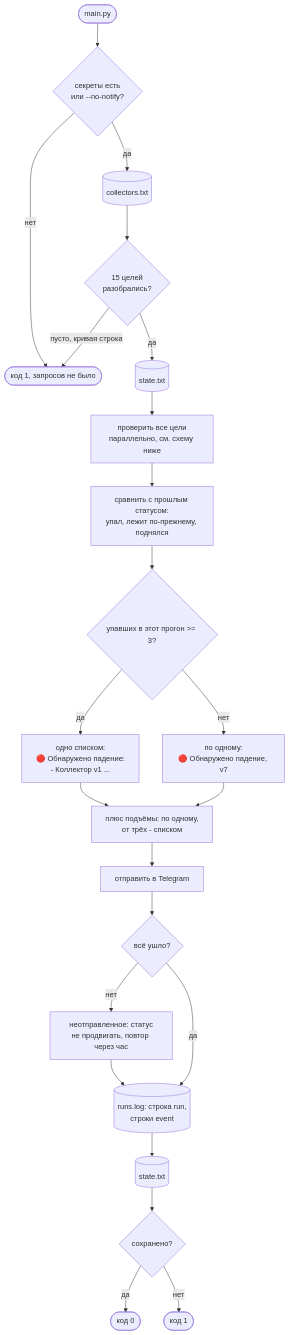
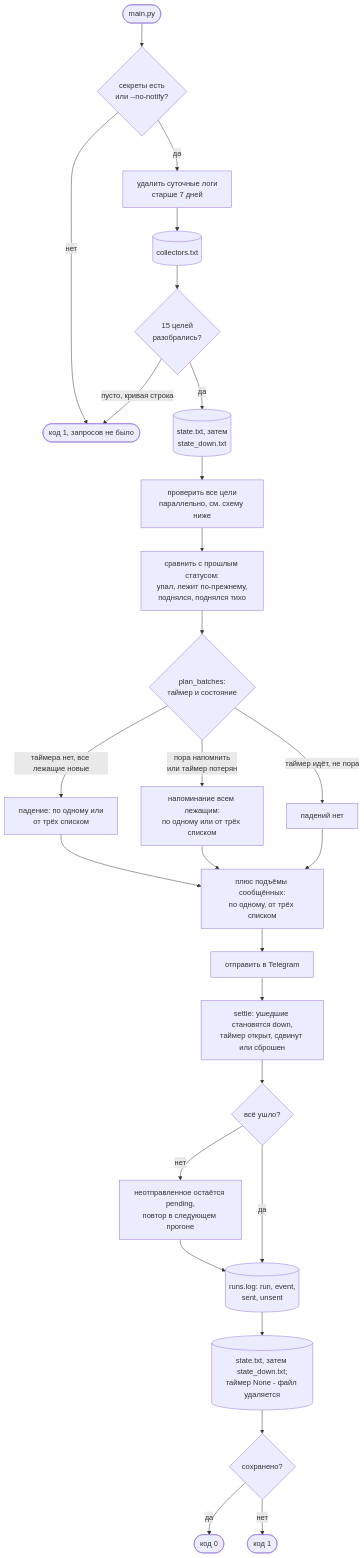
Before and after one commit to not-hehe/digital_tools: the second of 3 diagrams in automation/collector_checker/README.md, drawn with Mermaid. The commit also changed other lines of this file and 14 other files, not shown here.

````diff
--- a/automation/collector_checker/README.md
+++ b/automation/collector_checker/README.md
@@ -86,23 +112,28 @@
 ```mermaid
 flowchart TD
     START([main.py]) --> SEC{секреты есть<br/>или --no-notify?}
     SEC -->|нет| EXIT1([код 1, запросов не было])
-    SEC -->|да| LIST[(collectors.txt)] --> PARSE{15 целей<br/>разобрались?}
+    SEC -->|да| PRUNE[удалить суточные логи<br/>старше 7 дней]
+    PRUNE --> LIST[(collectors.txt)] --> PARSE{15 целей<br/>разобрались?}
     PARSE -->|пусто, кривая строка| EXIT1
-    PARSE -->|да| STATE[(state.txt)] --> PROBE[проверить все цели<br/>параллельно, см. схему ниже]
-    PROBE --> EVENTS[сравнить с прошлым статусом:<br/>упал, лежит по-прежнему, поднялся]
-    EVENTS --> MSG{упавших в этот прогон >= 3?}
-    MSG -->|да| COMB["одно списком:<br/>🔴 Обнаружено падение:<br/>- Коллектор v1 ..."]
-    MSG -->|нет| SINGLE["по одному:<br/>🔴 Обнаружено падение, v7"]
-    COMB --> UPMSG["плюс подъёмы: по одному,<br/>от трёх - списком"]
-    SINGLE --> UPMSG
+    PARSE -->|да| STATE[(state.txt, затем<br/>state_down.txt)]
+    STATE --> PROBE[проверить все цели<br/>параллельно, см. схему ниже]
+    PROBE --> EVENTS[сравнить с прошлым статусом:<br/>упал, лежит по-прежнему,<br/>поднялся, поднялся тихо]
+    EVENTS --> PLAN{plan_batches:<br/>таймер и состояние}
+    PLAN -->|таймера нет, все лежащие новые| FALL["падение: по одному или<br/>от трёх списком"]
+    PLAN -->|пора напомнить<br/>или таймер потерян| REMIND["напоминание всем лежащим:<br/>по одному или от трёх списком"]
+    PLAN -->|таймер идёт, не пора| NOTHING[падений нет]
+    FALL --> UPMSG["плюс подъёмы сообщённых:<br/>по одному, от трёх списком"]
+    REMIND --> UPMSG
+    NOTHING --> UPMSG
     UPMSG --> TG[отправить в Telegram]
-    TG --> UNSENT{всё ушло?}
-    UNSENT -->|нет| REVERT[неотправленное: статус<br/>не продвигать, повтор через час]
+    TG --> SETTLE[settle: ушедшие становятся down,<br/>таймер открыт, сдвинут или сброшен]
+    SETTLE --> UNSENT{всё ушло?}
+    UNSENT -->|нет| REVERT[неотправленное остаётся pending,<br/>повтор в следующем прогоне]
     REVERT --> RUNLOG
-    UNSENT -->|да| RUNLOG[(runs.log: строка run,<br/>строки event)]
-    RUNLOG --> SAVE[(state.txt)]
+    UNSENT -->|да| RUNLOG[(runs.log: run, event,<br/>sent, unsent)]
+    RUNLOG --> SAVE[(state.txt, затем state_down.txt;<br/>таймер None - файл удаляется)]
     SAVE --> DONE{сохранено?}
     DONE -->|да| EXIT0([код 0])
     DONE -->|нет| EXIT1B([код 1])
 ```
````
